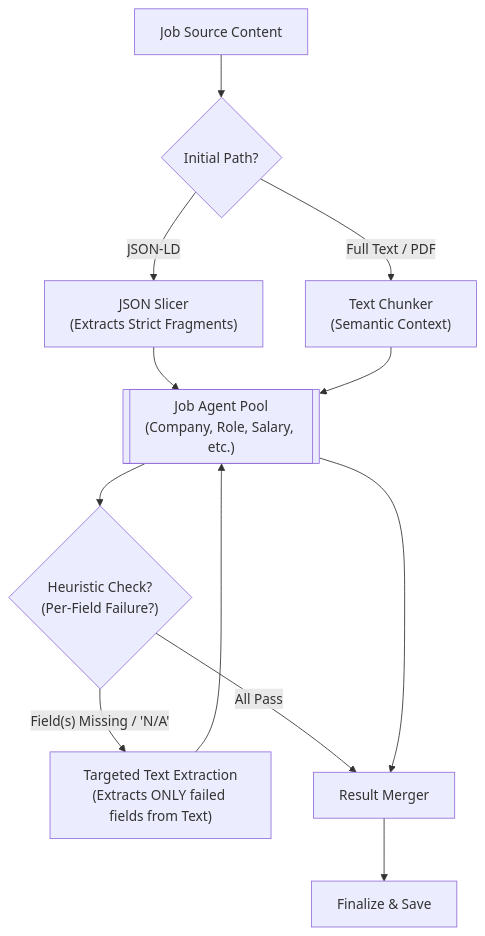
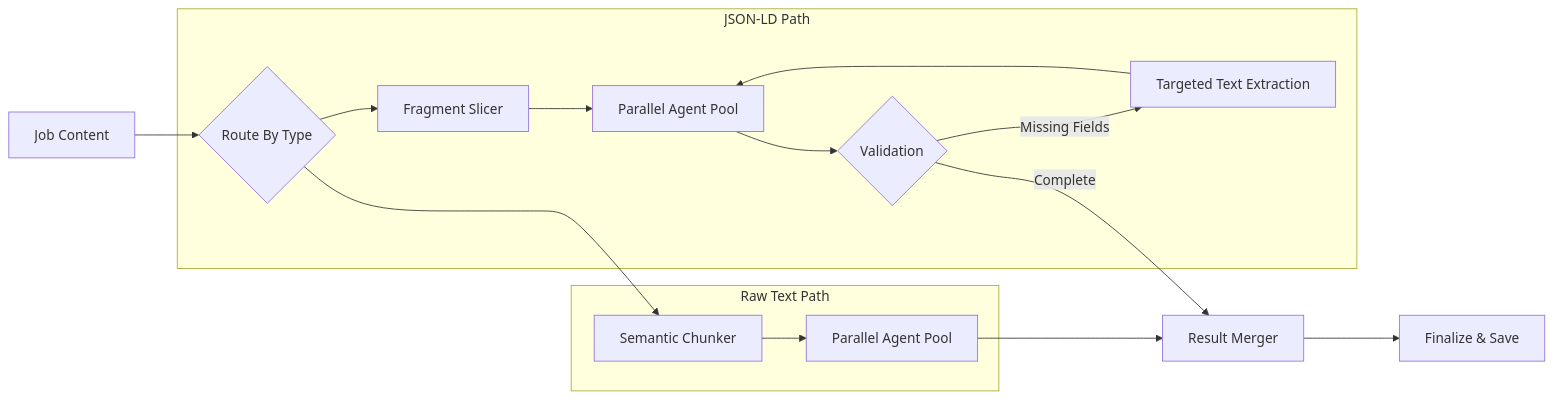
The second of 2 diagrams in backend/README.md (yicheinchang/lard), drawn with Mermaid before and after one commit.

Commit message:
docs(ai): prettyfy extraction diagrams and synchronize version

````diff
--- a/backend/README.md
+++ b/backend/README.md
@@ -116,19 +116,21 @@
 ```mermaid
-graph TD
-    Source["Job Source Content"] --> Mode{"Initial Path?"}
+graph LR
+    Source["Job Content"] --> Router{"Route By Type"}
     
-    Mode -- "JSON-LD" --> Slicer["JSON Slicer<br/>(Extracts Strict Fragments)"]
-    Slicer --> JAgentPool[["Job Agent Pool<br/>(Company, Role, Salary, etc.)"]]
+    subgraph JSON_LD_Pipeline [JSON-LD Path]
+        Router --> Slicer["Fragment Slicer"]
+        Slicer --> Agents["Parallel Agent Pool"]
+        Agents --> Heuristic{"Validation"}
+        Heuristic -- "Missing Fields" --> Fallback["Targeted Text Extraction"]
+        Fallback --> Agents
+    end
     
-    JAgentPool --> Heuristic{"Heuristic Check?<br/>(Per-Field Failure?)"}
+    subgraph Text_Pipeline [Raw Text Path]
+        Router --> Chunker["Semantic Chunker"]
+        Chunker --> TAgents["Parallel Agent Pool"]
+    end
     
-    Heuristic -- "Field(s) Missing / 'N/A'" --> Fallback["Targeted Text Extraction<br/>(Extracts ONLY failed fields from Text)"]
-    Heuristic -- "All Pass" --> Merger["Result Merger"]
-    
-    Mode -- "Full Text / PDF" --> Chunker["Text Chunker<br/>(Semantic Context)"]
-    Chunker --> JAgentPool
-    Fallback --> JAgentPool
-    
-    JAgentPool --> Merger
+    Heuristic -- "Complete" --> Merger["Result Merger"]
+    TAgents --> Merger
     Merger --> Final["Finalize & Save"]
 ```
````
